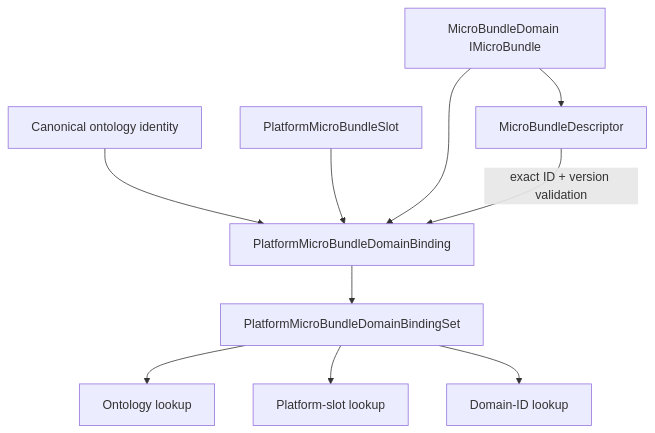
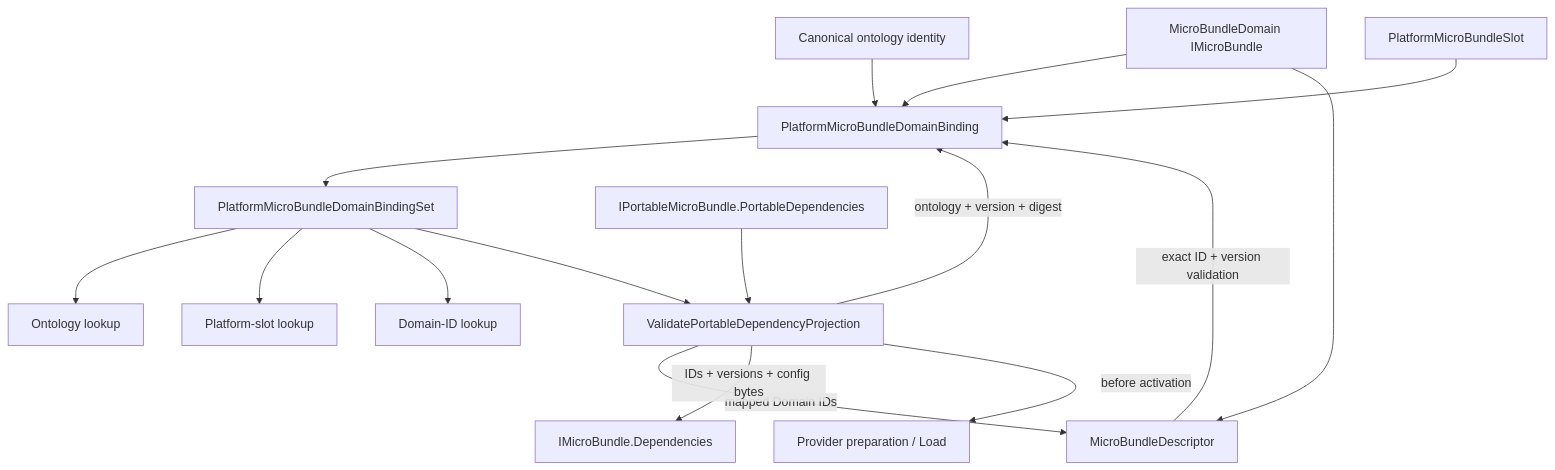
One commit to TrentBest/TheSingularityWorkshop.FSM_COS changed the diagram in docs/UML/src/FSM_COS/PlatformMicroBundleDomainBindingUML.md. Above: the diagram before and after it, drawn with Mermaid. The commit also changed other lines of this file, not shown here.

Commit message:
Document portable dependency projection UML

````diff
--- a/docs/UML/src/FSM_COS/PlatformMicroBundleDomainBindingUML.md
+++ b/docs/UML/src/FSM_COS/PlatformMicroBundleDomainBindingUML.md
@@ -8,21 +8,27 @@
 ```mermaid
 flowchart TB
     Portable["Canonical ontology identity"]
     Slot["PlatformMicroBundleSlot"]
     Domain["MicroBundleDomain IMicroBundle"]
     Descriptor["MicroBundleDescriptor"]
     Binding["PlatformMicroBundleDomainBinding"]
     Set["PlatformMicroBundleDomainBindingSet"]
     ByOntology["Ontology lookup"]
     BySlot["Platform-slot lookup"]
     ById["Domain-ID lookup"]
     Portable --> Binding
     Slot --> Binding
     Domain --> Binding
     Domain --> Descriptor
     Descriptor -->|"exact ID + version validation"| Binding
     Binding --> Set
     Set --> ByOntology
     Set --> BySlot
     Set --> ById
+    PortableDeps["IPortableMicroBundle.PortableDependencies"] --> Validate["ValidatePortableDependencyProjection"]
+    Set --> Validate
+    Validate -->|"ontology + version + digest"| Binding
+    Validate -->|"mapped Domain IDs"| Descriptor
+    Validate -->|"IDs + versions + config bytes"| Requests["IMicroBundle.Dependencies"]
+    Validate -->|"before activation"| Gate["Provider preparation / Load"]
 ```
````
